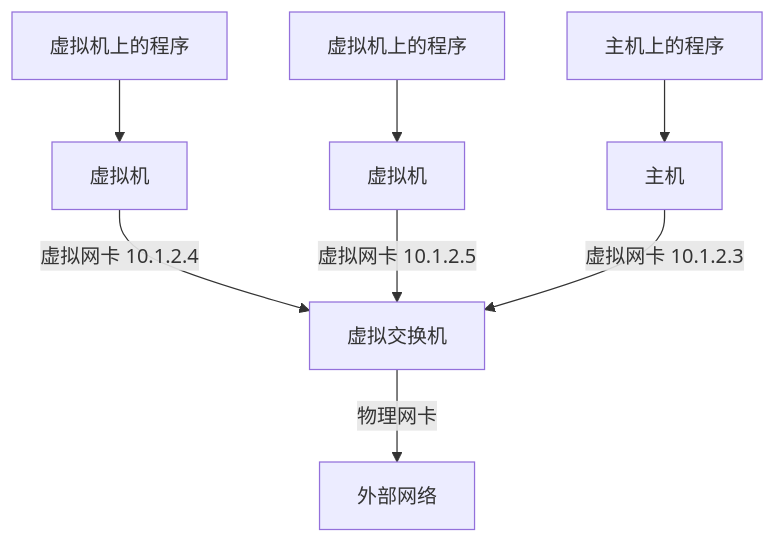
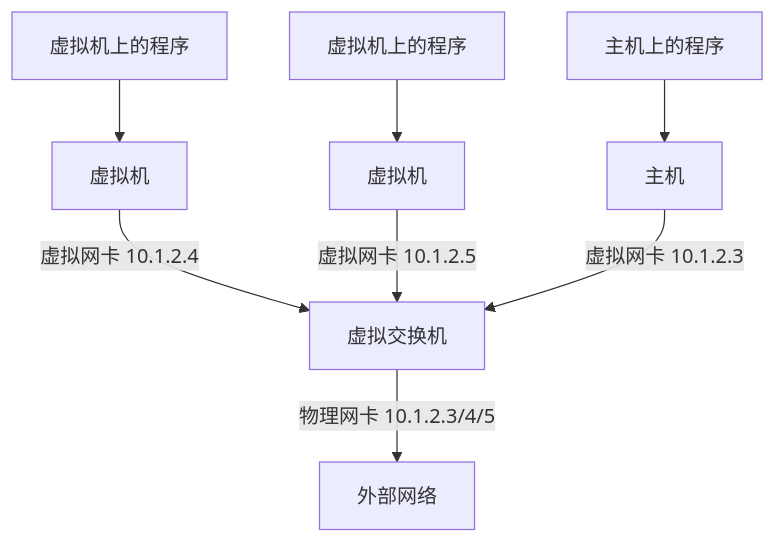
The second of 4 diagrams in docs/Ch01/supplement.md (ustclug/Linux101-docs), drawn with Mermaid before and after one commit. The commit also changed other lines of this file, not shown here.

````diff
--- a/docs/Ch01/supplement.md
+++ b/docs/Ch01/supplement.md
@@ -561,10 +208,10 @@
 ```mermaid
 flowchart TD
     VMP1[虚拟机上的程序] --> VM1
     VMP2[虚拟机上的程序] --> VM2
     HSP[主机上的程序] --> HS
     VM1[虚拟机] -->|虚拟网卡 10.1.2.4| SW[虚拟交换机]
     VM2[虚拟机] -->|虚拟网卡 10.1.2.5| SW[虚拟交换机]
     HS[主机] -->|虚拟网卡 10.1.2.3| SW[虚拟交换机]
-    SW -->|物理网卡| IN[外部网络]
+    SW -->|物理网卡 10.1.2.3/4/5| IN[外部网络]
 ```
````
